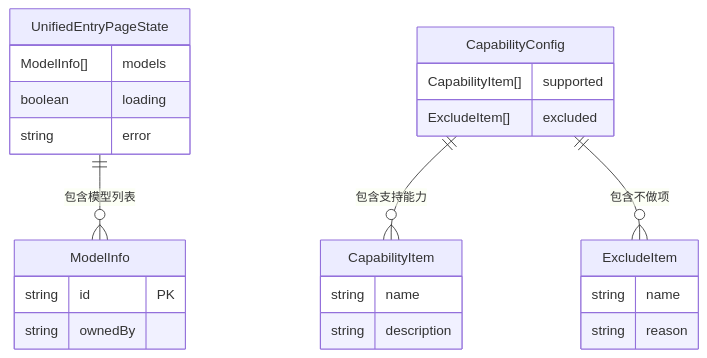
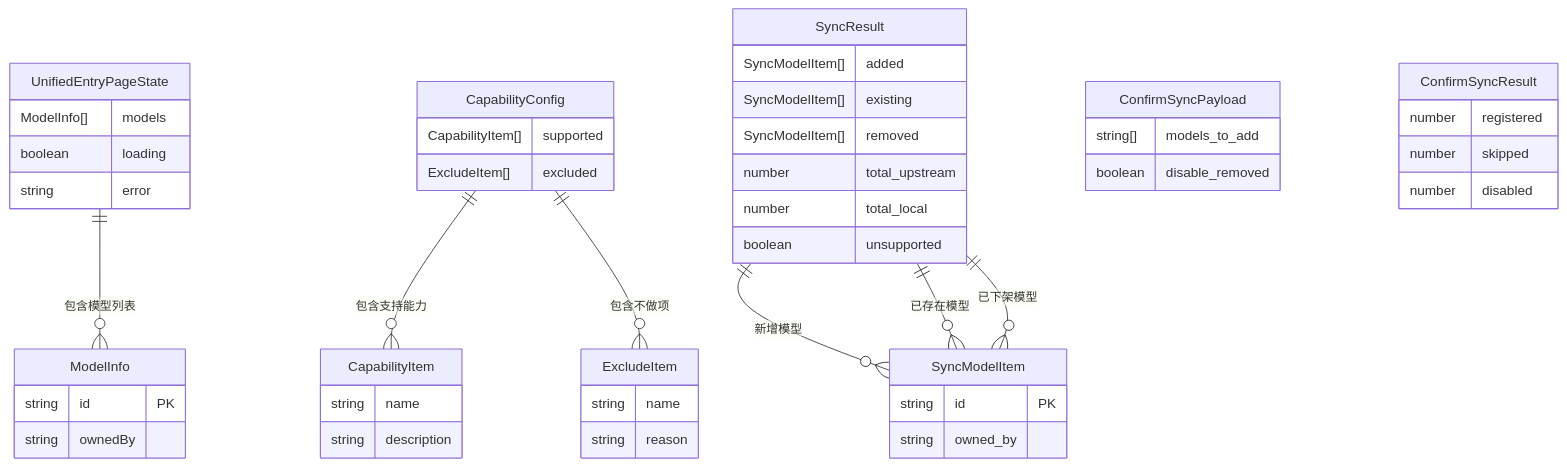
The diagram in xspec/modules/ops-console/data-model.md (achieve-jsy/llm-gateway), drawn with Mermaid before and after one commit. The commit also changed other lines of this file and 231 other files, not shown here.

````diff
--- a/xspec/modules/ops-console/data-model.md
+++ b/xspec/modules/ops-console/data-model.md
@@ -71,32 +116,61 @@
 ```mermaid
 erDiagram
     UnifiedEntryPageState ||--o{ ModelInfo : "包含模型列表"
     CapabilityConfig ||--o{ CapabilityItem : "包含支持能力"
     CapabilityConfig ||--o{ ExcludeItem : "包含不做项"
 
     UnifiedEntryPageState {
         ModelInfo[] models
         boolean loading
         string error
     }
 
     ModelInfo {
         string id PK
         string ownedBy
     }
 
     CapabilityConfig {
         CapabilityItem[] supported
         ExcludeItem[] excluded
     }
 
     CapabilityItem {
         string name
         string description
     }
 
     ExcludeItem {
         string name
         string reason
     }
+
+    SyncResult ||--o{ SyncModelItem : "新增模型"
+    SyncResult ||--o{ SyncModelItem : "已存在模型"
+    SyncResult ||--o{ SyncModelItem : "已下架模型"
+
+    SyncResult {
+        SyncModelItem[] added
+        SyncModelItem[] existing
+        SyncModelItem[] removed
+        number total_upstream
+        number total_local
+        boolean unsupported
+    }
+
+    SyncModelItem {
+        string id PK
+        string owned_by
+    }
+
+    ConfirmSyncPayload {
+        string[] models_to_add
+        boolean disable_removed
+    }
+
+    ConfirmSyncResult {
+        number registered
+        number skipped
+        number disabled
+    }
 ```
````
